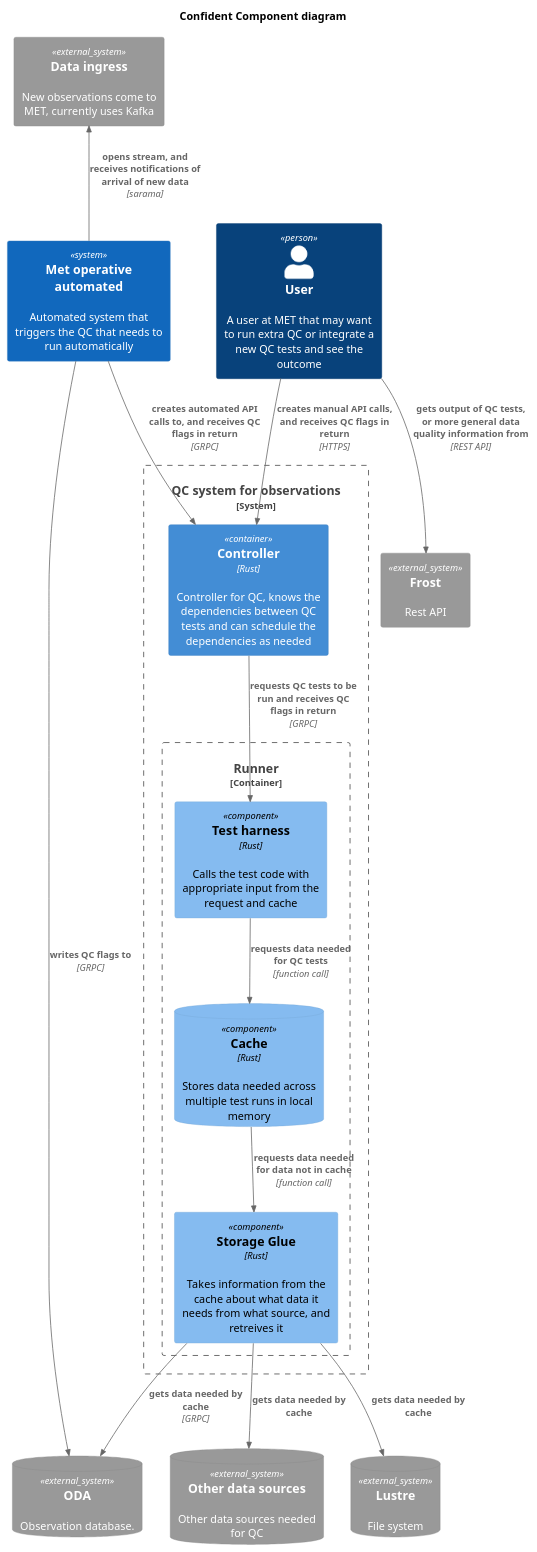
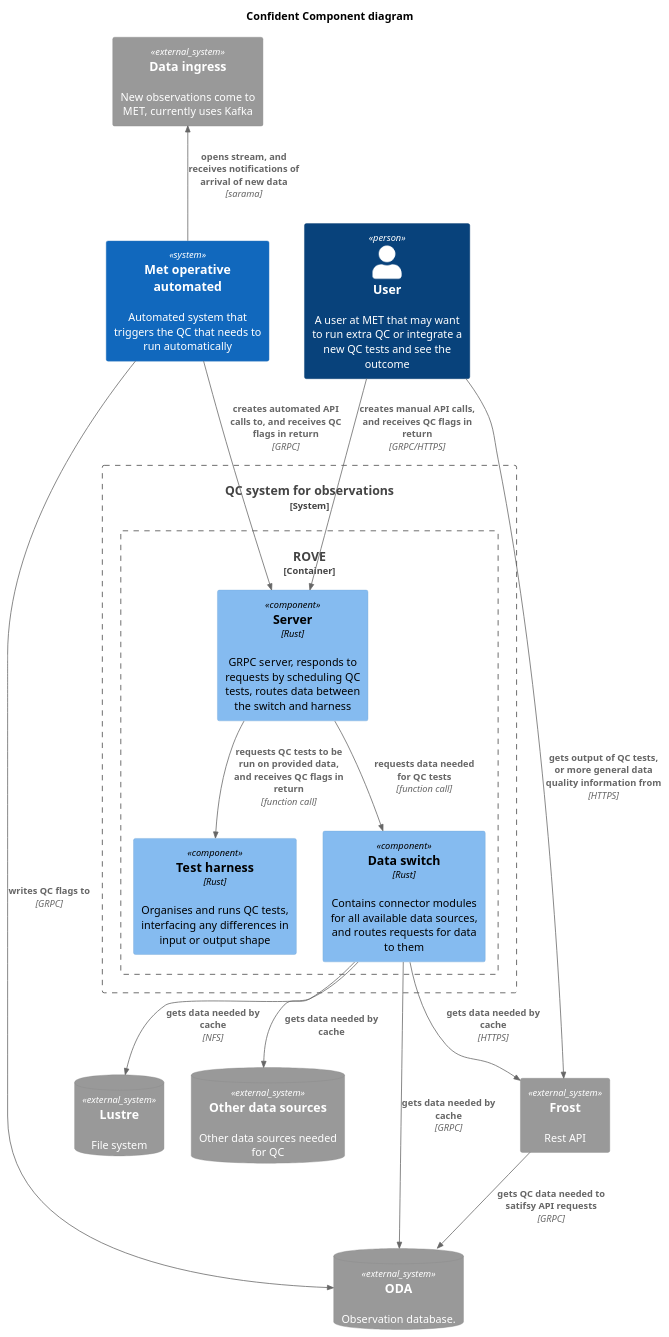
Before and after one commit to metno/rove: the diagram in docs/C4_component.puml, drawn with PlantUML. The commit also changed 5 other files, not shown here.

Commit message:
docs: update C4 diagrams

```diff
--- a/docs/C4_component.puml
+++ b/docs/C4_component.puml
@@ -1,42 +1,43 @@
 @startuml Confident_Component
 !include https://raw.githubusercontent.com/plantuml-stdlib/C4-PlantUML/master/C4_Component.puml
 
 LAYOUT_TOP_DOWN()
 
 title
   Confident Component diagram
 end title
 
 Person(user, "User", "A user at MET that may want to run extra QC or integrate a new QC tests and see the outcome")
 System(new_obs_system, "Met operative automated", "Automated system that triggers the QC that needs to run automatically")
 System_Ext(kafka, "Data ingress", "New observations come to MET, currently uses Kafka")
 
 System_Ext(frost, "Frost", "Rest API")
 SystemDb_Ext(oda, "ODA", "Observation database.")
 SystemDb_Ext(lustre, "Lustre", "File system")
 SystemDb_Ext(datasources, "Other data sources", "Other data sources needed for QC")
 
 System_Boundary(Confident, "QC system for observations") {
-  Container(controller, "Controller", "Rust", "Controller for QC, knows the dependencies between QC tests and can schedule the dependencies as needed")
-  Container_Boundary(runner, "Runner") {
-    Component(test_harness, "Test harness", "Rust", "Calls the test code with appropriate input from the request and cache")
-    ComponentDb(cache, "Cache", "Rust", "Stores data needed across multiple test runs in local memory")
-    Component(storage_glue, "Storage Glue", "Rust", "Takes information from the cache about what data it needs from what source, and retreives it")
+  Container_Boundary(rove, "ROVE") {
+    Component(server, "Server", "Rust", "GRPC server, responds to requests by scheduling QC tests, routes data between the switch and harness")
+    Component(test_harness, "Test harness", "Rust", "Organises and runs QC tests, interfacing any differences in input or output shape")
+    Component(data_switch, "Data switch", "Rust", "Contains connector modules for all available data sources, and routes requests for data to them")
   }
 }
 
 Rel_U(new_obs_system, kafka, "opens stream, and receives notifications of arrival of new data", "sarama")
+Rel(new_obs_system, oda, "writes QC flags to", "GRPC")
+Rel(new_obs_system, server, "creates automated API calls to, and receives QC flags in return", "GRPC")
 
-Rel(controller, test_harness, "requests QC tests to be run and receives QC flags in return", "GRPC")
-Rel(new_obs_system, oda, "writes QC flags to", "GRPC")
+Rel(server, data_switch, "requests data needed for QC tests", "function call")
 
-Rel(test_harness, cache, "requests data needed for QC tests", "function call")
-Rel(cache, storage_glue, "requests data needed for data not in cache", "function call")
+Rel(data_switch, oda, "gets data needed by cache", "GRPC")
+Rel(data_switch, lustre, "gets data needed by cache", "NFS")
+Rel(data_switch, frost, "gets data needed by cache", "HTTPS")
+Rel(data_switch, datasources, "gets data needed by cache")
 
-Rel(user, controller, "creates manual API calls, and receives QC flags in return", "HTTPS")
-Rel(new_obs_system, controller, "creates automated API calls to, and receives QC flags in return", "GRPC")
-Rel(storage_glue, oda, "gets data needed by cache", "GRPC")
-Rel(storage_glue, lustre, "gets data needed by cache")
-Rel(storage_glue, datasources, "gets data needed by cache")
-Rel(user, frost, "gets output of QC tests, or more general data quality information from", "REST API")
+Rel(server, test_harness, "requests QC tests to be run on provided data, and receives QC flags in return", "function call")
+
+Rel(user, server, "creates manual API calls, and receives QC flags in return", "GRPC/HTTPS")
+Rel(user, frost, "gets output of QC tests, or more general data quality information from", "HTTPS")
+Rel(frost, oda, "gets QC data needed to satifsy API requests", "GRPC")
 @enduml
```
